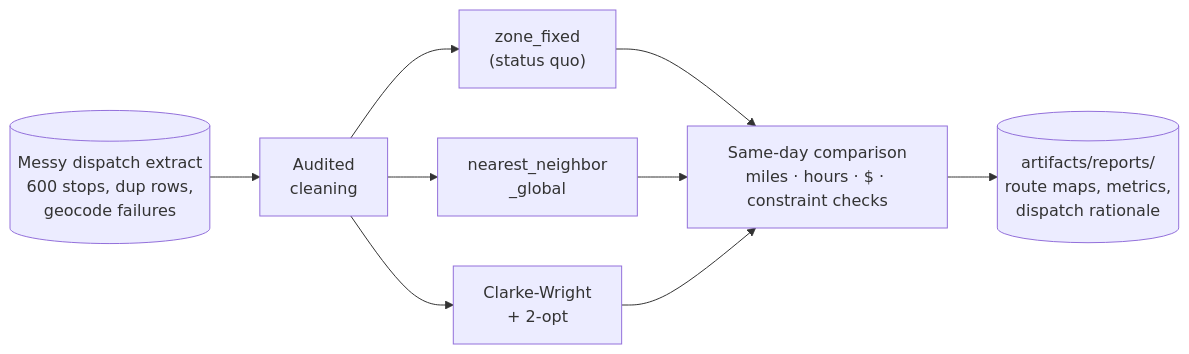
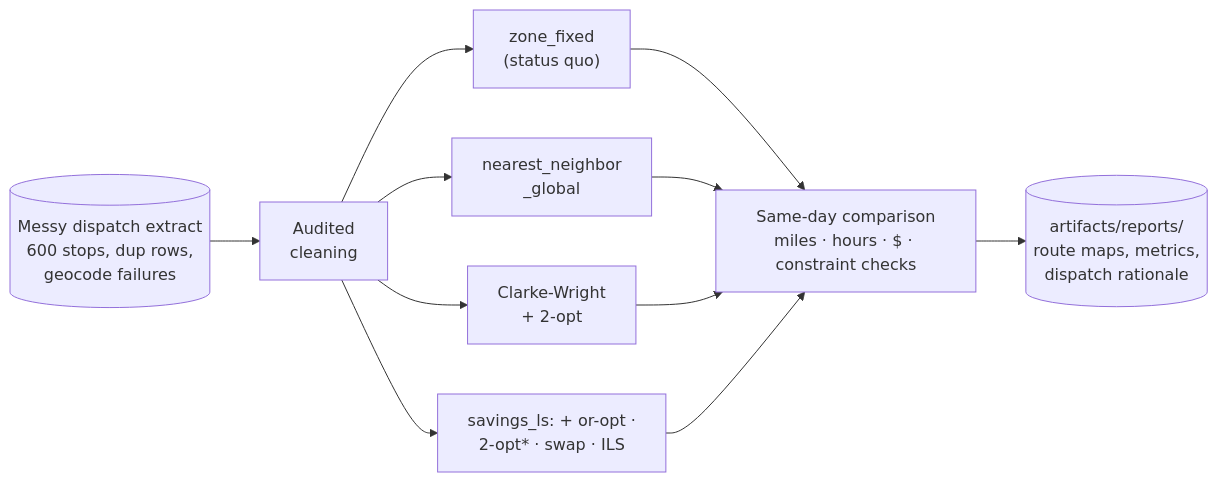
The diagram in route-optimization/README.md (immu4989/Logistics_UseCases), drawn with Mermaid before and after one commit. The commit also changed other lines of this file and 13 other files, not shown here.

````diff
--- a/route-optimization/README.md
+++ b/route-optimization/README.md
@@ -31,11 +31,13 @@
 ```mermaid
 flowchart LR
     A[("Messy dispatch extract<br/>600 stops, dup rows,<br/>geocode failures")] --> B["Audited<br/>cleaning"]
     B --> C["zone_fixed<br/>(status quo)"]
     B --> D["nearest_neighbor<br/>_global"]
     B --> E["Clarke-Wright<br/>+ 2-opt"]
+    B --> H["savings_ls: + or-opt ·<br/>2-opt* · swap · ILS"]
     C --> F["Same-day comparison<br/>miles · hours · $ · constraint checks"]
     D --> F
     E --> F
+    H --> F
     F --> G[("artifacts/reports/<br/>route maps, metrics,<br/>dispatch rationale")]
 ```
````
